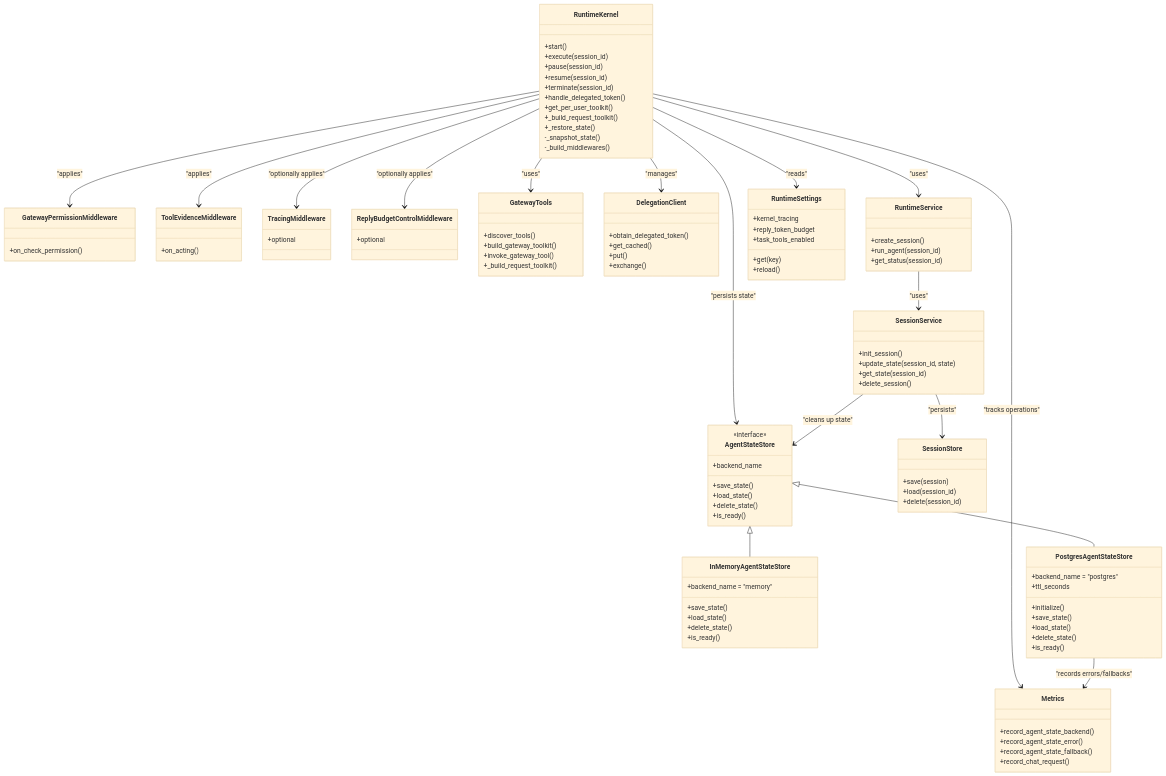
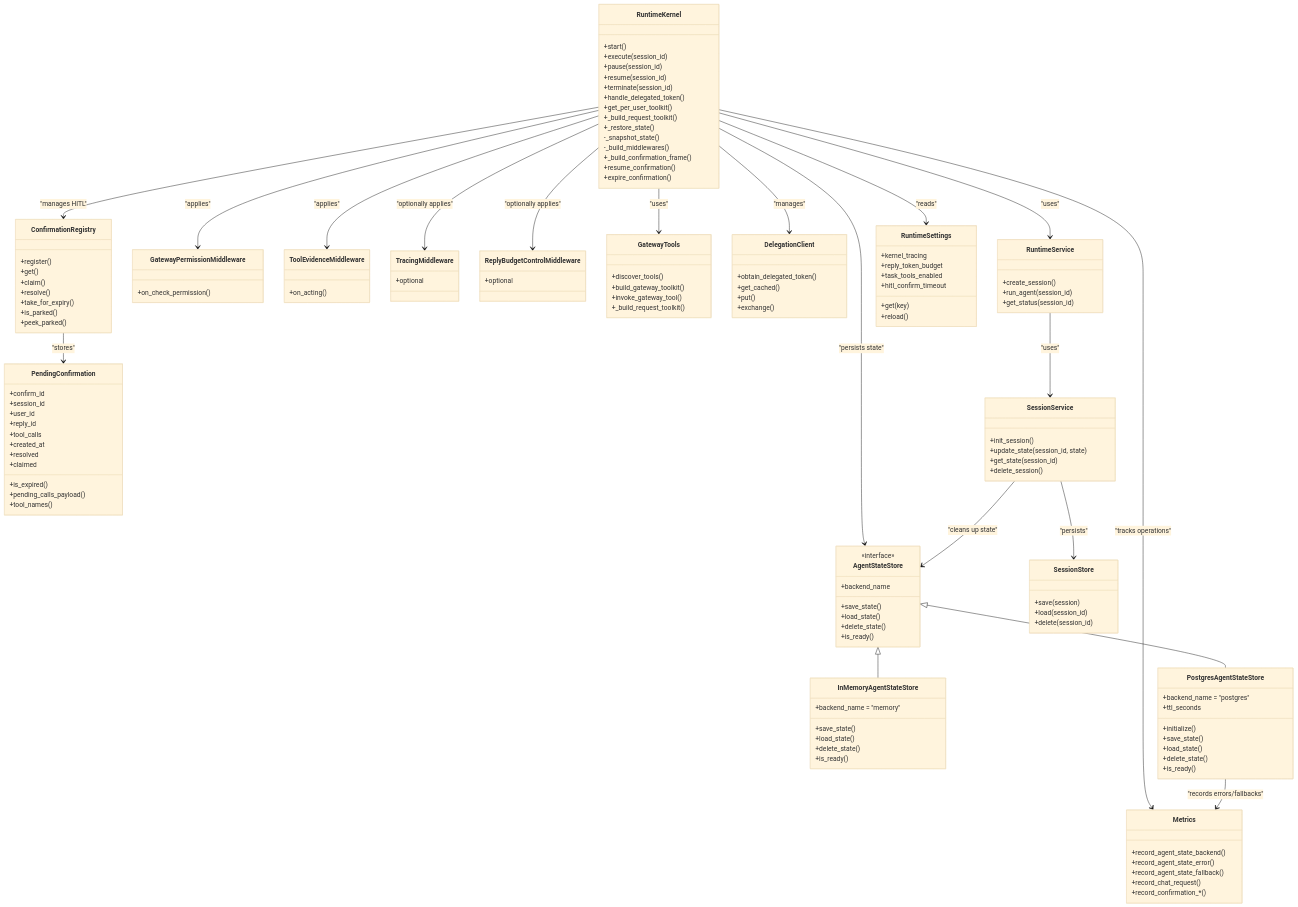
One commit to metasync/luban-aiops changed the fourth of 4 diagrams in .qoder/repowiki/en/content/Agent Platform Service/Runtime Kernel and Agent Lifecycle.md. Above: the diagram before and after it, drawn with Mermaid (base theme). The commit also changed other lines of this file and 24 other files, not shown here.

```diff
--- a/.qoder/repowiki/en/content/Agent Platform Service/Runtime Kernel and Agent Lifecycle.md
+++ b/.qoder/repowiki/en/content/Agent Platform Service/Runtime Kernel and Agent Lifecycle.md
@@ -413,6 +510,9 @@
 +_restore_state()
 -_snapshot_state()
 -_build_middlewares()
++_build_confirmation_frame()
++resume_confirmation()
++expire_confirmation()
 }
 class AgentStateStore {
 <<interface>>
@@ -438,6 +538,28 @@
 +delete_state()
 +is_ready()
 }
+class ConfirmationRegistry {
++register()
++get()
++claim()
++resolve()
++take_for_expiry()
++is_parked()
++peek_parked()
+}
+class PendingConfirmation {
++confirm_id
++session_id
++user_id
++reply_id
++tool_calls
++created_at
++resolved
++claimed
++is_expired()
++pending_calls_payload()
++tool_names()
+}
 class GatewayPermissionMiddleware {
 +on_check_permission()
 }
@@ -455,6 +577,7 @@
 +record_agent_state_error()
 +record_agent_state_fallback()
 +record_chat_request()
++record_confirmation_*()
 }
 class GatewayTools {
 +discover_tools()
@@ -490,6 +613,7 @@
 +kernel_tracing
 +reply_token_budget
 +task_tools_enabled
++hitl_confirm_timeout
 }
 RuntimeKernel --> AgentStateStore : "persists state"
 RuntimeKernel --> Metrics : "tracks operations"
@@ -501,6 +625,8 @@
 RuntimeKernel --> ToolEvidenceMiddleware : "applies"
 RuntimeKernel --> TracingMiddleware : "optionally applies"
 RuntimeKernel --> ReplyBudgetControlMiddleware : "optionally applies"
+RuntimeKernel --> ConfirmationRegistry : "manages HITL"
+ConfirmationRegistry --> PendingConfirmation : "stores"
 RuntimeService --> SessionService : "uses"
 SessionService --> SessionStore : "persists"
 SessionService --> AgentStateStore : "cleans up state"
```
